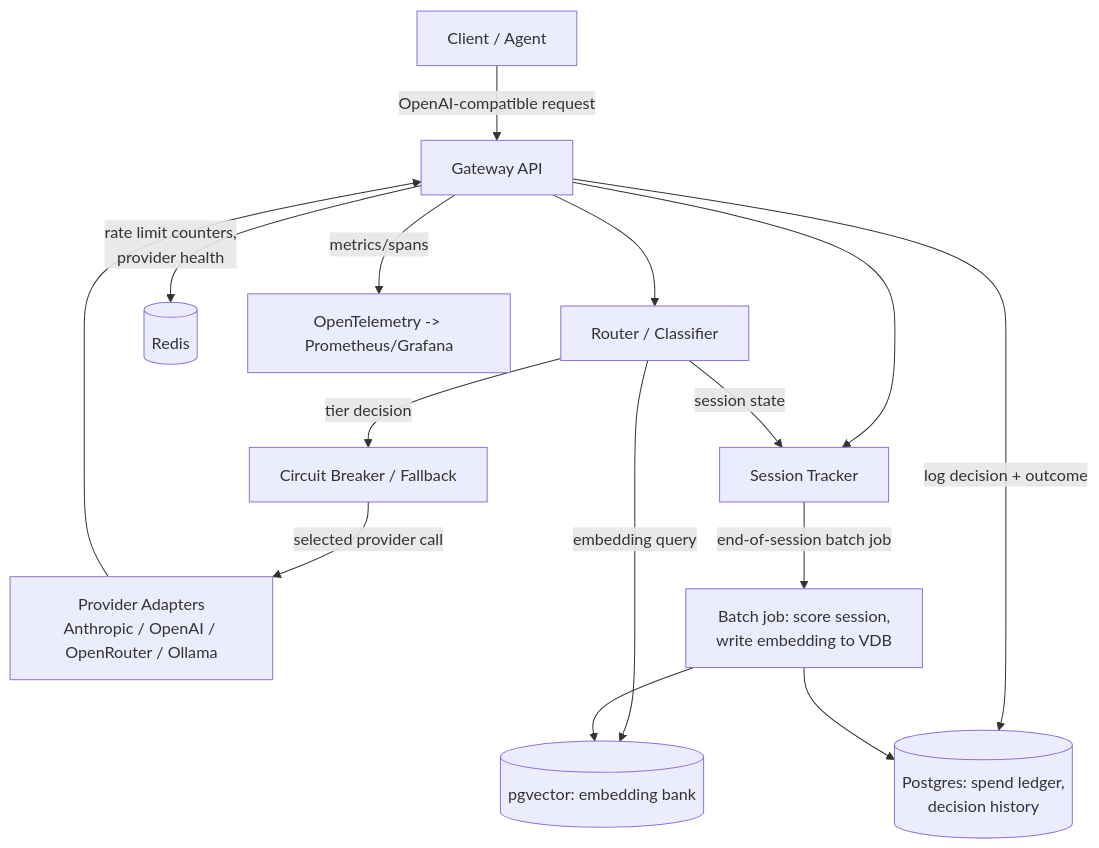
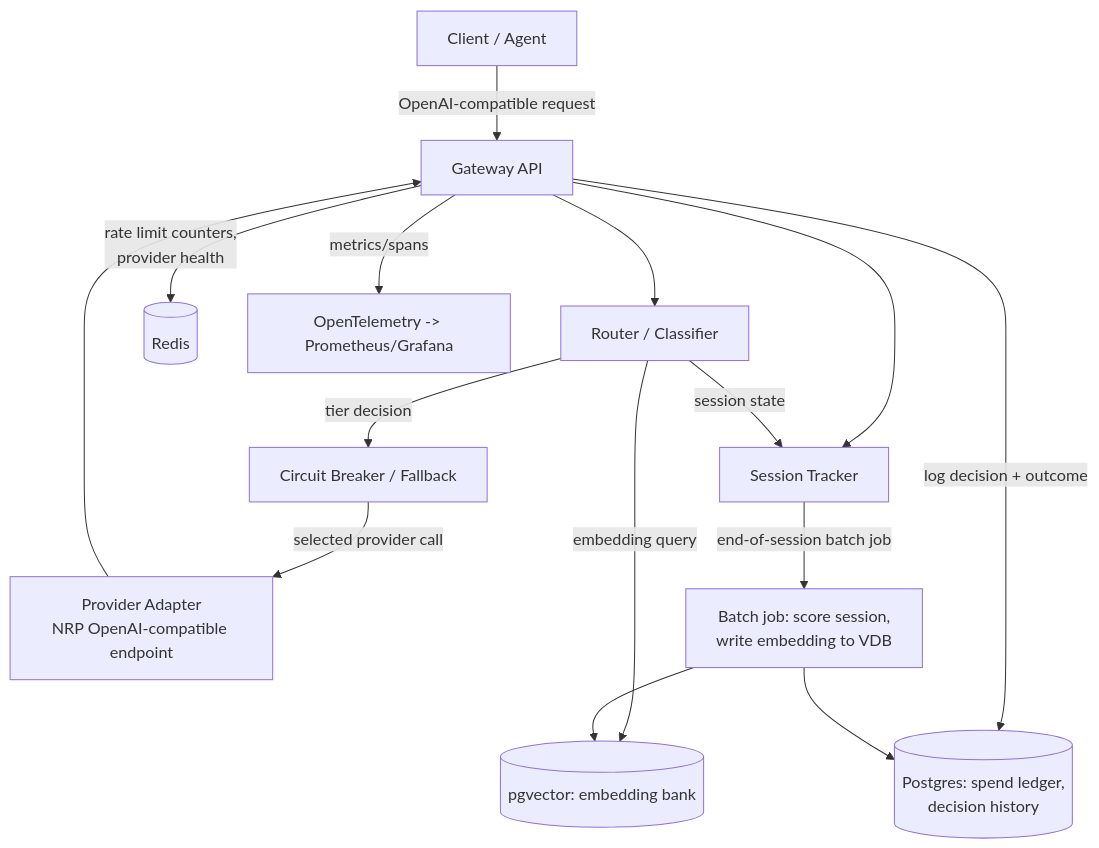
The first of 2 diagrams in docs/spec.md (azhou555/gatoway), drawn with Mermaid before and after one commit. The commit also changed other lines of this file, not shown here.

First line of the commit message:
Spec v0.2: reconcile architecture spec with NRP implementation

````diff
--- a/docs/spec.md
+++ b/docs/spec.md
@@ -21,17 +27,17 @@
 ```mermaid
 flowchart TB
     Client[Client / Agent] -->|OpenAI-compatible request| GW[Gateway API]
     GW --> SESS[Session Tracker]
     GW --> ROUTE[Router / Classifier]
     ROUTE -->|embedding query| VDB[(pgvector: embedding bank)]
     ROUTE -->|session state| SESS
     ROUTE -->|tier decision| CB[Circuit Breaker / Fallback]
-    CB -->|selected provider call| PROV[Provider Adapters<br/>Anthropic / OpenAI / OpenRouter / Ollama]
+    CB -->|selected provider call| PROV[Provider Adapter<br/>NRP OpenAI-compatible endpoint]
     PROV --> GW
     GW -->|log decision + outcome| PG[(Postgres: spend ledger,<br/>decision history)]
     GW -->|rate limit counters,<br/>provider health| REDIS[(Redis)]
     GW -->|metrics/spans| OTEL[OpenTelemetry -> Prometheus/Grafana]
     SESS -->|end-of-session batch job| RETRAIN[Batch job: score session,<br/>write embedding to VDB]
     RETRAIN --> VDB
     RETRAIN --> PG
 ```
````
